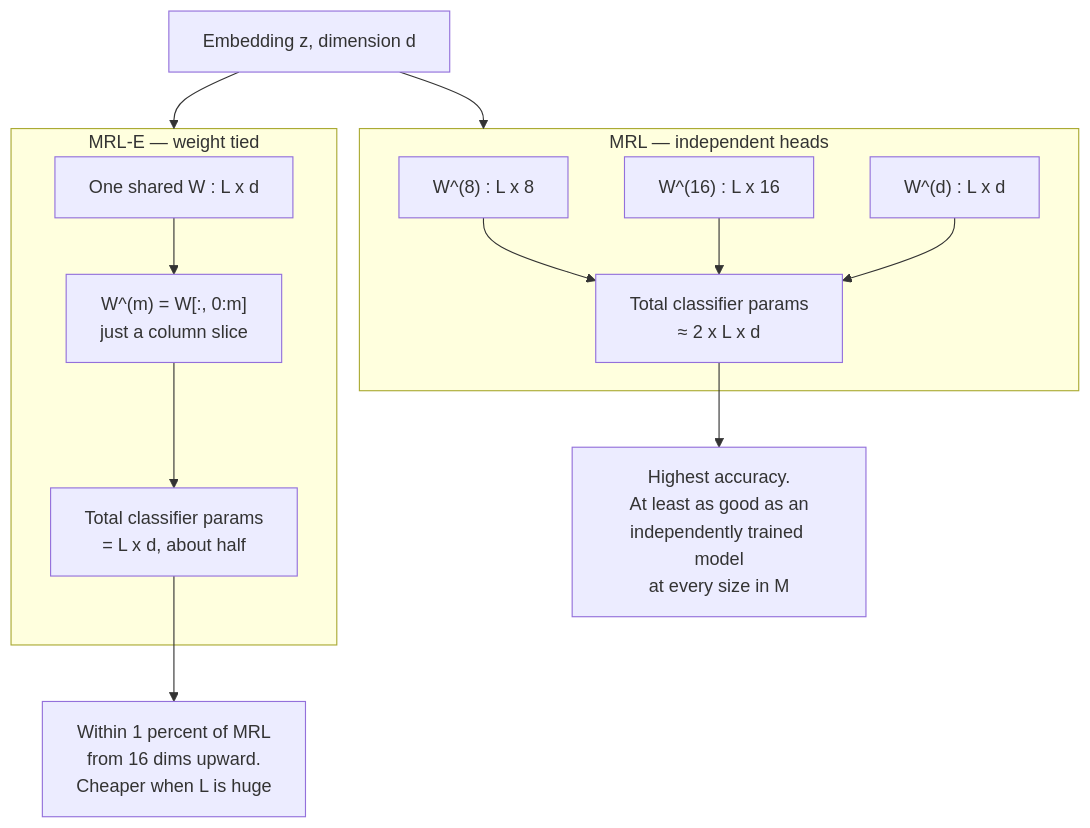
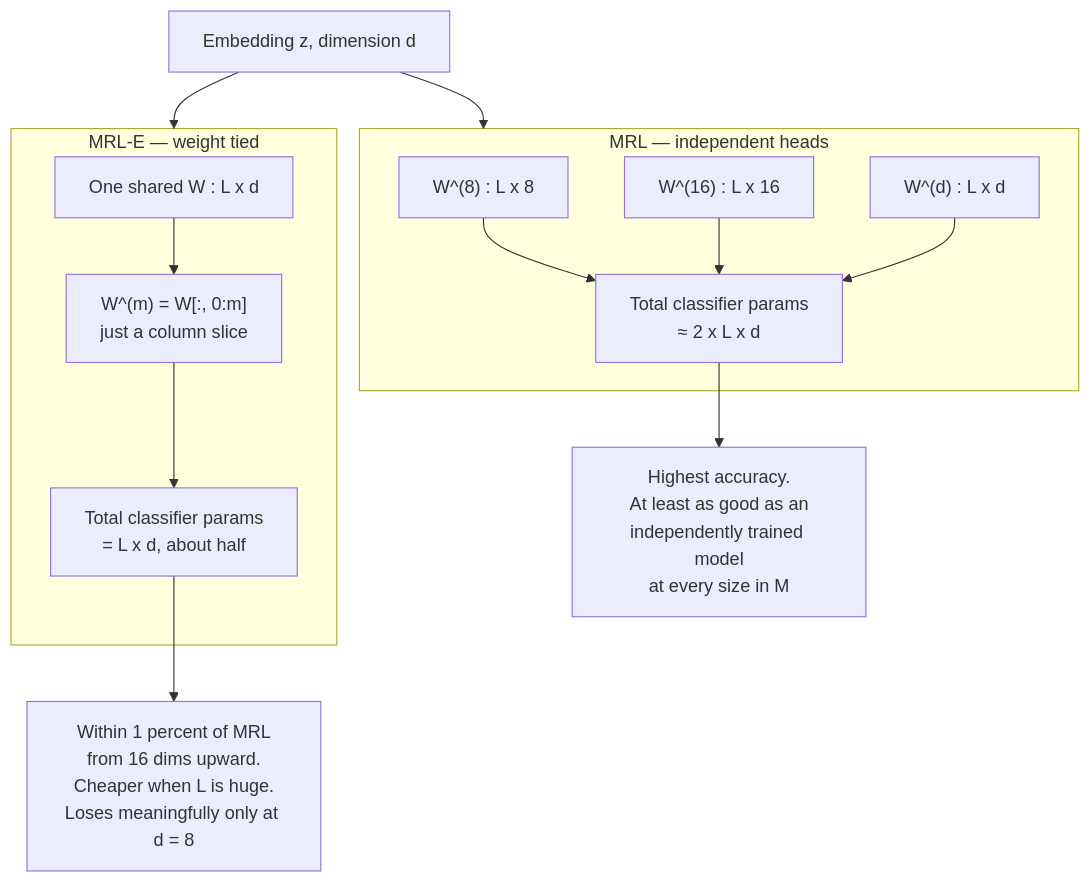
The second of 8 diagrams in docs/mrl-kb.md (karolmajek/torment-nexus), drawn with Mermaid before and after one commit. The commit also changed other lines of this file, not shown here.

Commit message:
MRL adapter

````diff
--- a/docs/mrl-kb.md
+++ b/docs/mrl-kb.md
@@ -101,27 +122,27 @@
 ```mermaid
 flowchart TD
     Z["Embedding z, dimension d"]
 
     subgraph MRL["MRL — independent heads"]
         M8["W^(8) : L x 8"]
         M16["W^(16) : L x 16"]
         MD["W^(d) : L x d"]
         MC["Total classifier params<br/>≈ 2 x L x d"]
         M8 --> MC
         M16 --> MC
         MD --> MC
     end
 
     subgraph MRLE["MRL-E — weight tied"]
         W["One shared W : L x d"]
         SLICE["W^(m) = W[:, 0:m]<br/>just a column slice"]
         EC["Total classifier params<br/>= L x d, about half"]
         W --> SLICE --> EC
     end
 
     Z --> MRL
     Z --> MRLE
 
     MC --> R1["Highest accuracy.<br/>At least as good as an<br/>independently trained model<br/>at every size in M"]
-    EC --> R2["Within 1 percent of MRL<br/>from 16 dims upward.<br/>Cheaper when L is huge"]
+    EC --> R2["Within 1 percent of MRL<br/>from 16 dims upward.<br/>Cheaper when L is huge.<br/>Loses meaningfully only at d = 8"]
 ```
````
